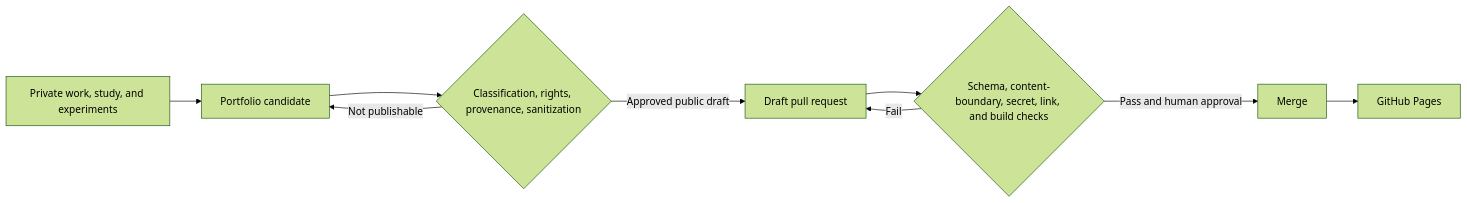
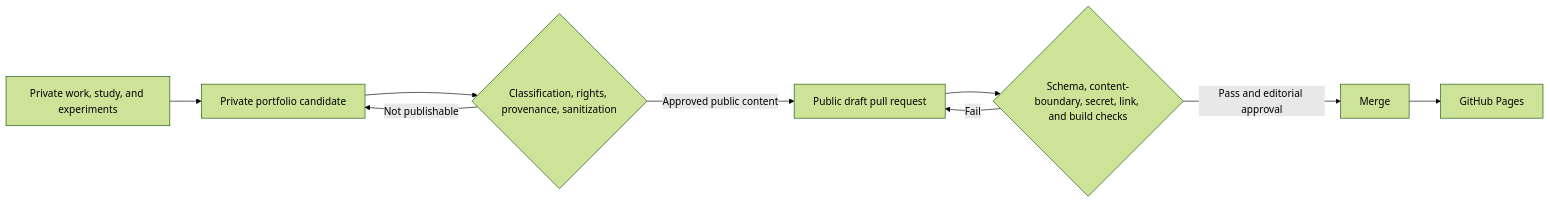
The diagram in docs/methodology/index.md (skrrtvonnegut-droid/portfolio), drawn with Mermaid (forest theme) before and after one commit. The commit also changed other lines of this file, not shown here.

Commit message:
Clarify public visibility of draft pull requests

````diff
--- a/docs/methodology/index.md
+++ b/docs/methodology/index.md
@@ -7,11 +9,11 @@
 ```mermaid
 flowchart LR
-    A["Private work, study, and experiments"] --> B["Portfolio candidate"]
+    A["Private work, study, and experiments"] --> B["Private portfolio candidate"]
     B --> C{"Classification, rights, provenance, sanitization"}
     C -->|"Not publishable"| B
-    C -->|"Approved public draft"| D["Draft pull request"]
+    C -->|"Approved public content"| D["Public draft pull request"]
     D --> E{"Schema, content-boundary, secret, link, and build checks"}
     E -->|"Fail"| D
-    E -->|"Pass and human approval"| F["Merge"]
+    E -->|"Pass and editorial approval"| F["Merge"]
     F --> G["GitHub Pages"]
 ```
````
